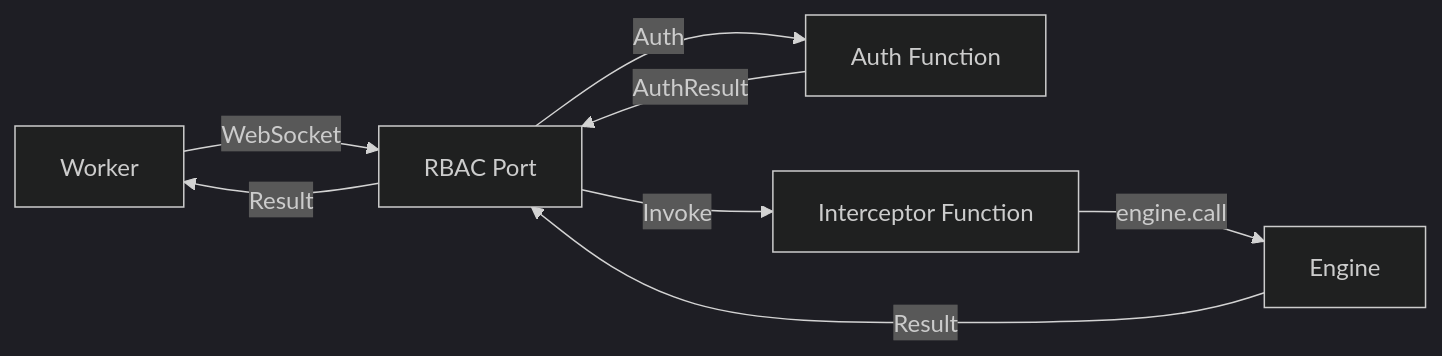
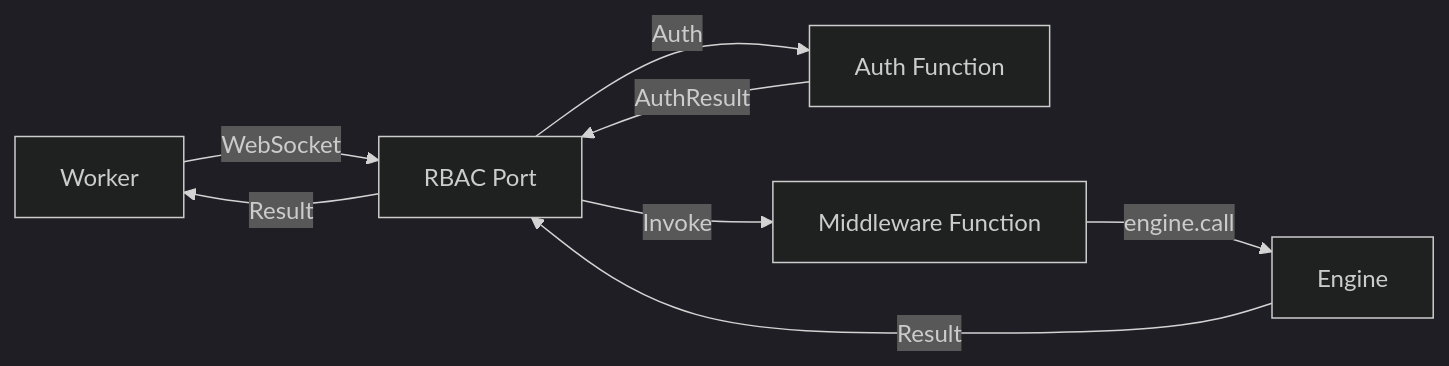
One commit to iii-hq/iii changed the diagram in docs/modules/module-worker-rbac.mdx. Above: the diagram before and after it, drawn with Mermaid (dark theme). The commit also changed other lines of this file and 5 other files, not shown here.

````diff
--- a/docs/modules/module-worker-rbac.mdx
+++ b/docs/modules/module-worker-rbac.mdx
@@ -16,10 +20,10 @@
 ```mermaid
 graph LR
     Worker[Worker] -->|WebSocket| RBAC[RBAC Port]
     RBAC -->|Auth| AuthFn[Auth Function]
     AuthFn -->|AuthResult| RBAC
-    RBAC -->|Invoke| Interceptor[Interceptor Function]
-    Interceptor -->|engine.call| Engine[Engine]
+    RBAC -->|Invoke| Middleware[Middleware Function]
+    Middleware -->|engine.call| Engine[Engine]
     Engine -->|Result| RBAC
     RBAC -->|Result| Worker
 ```
````
